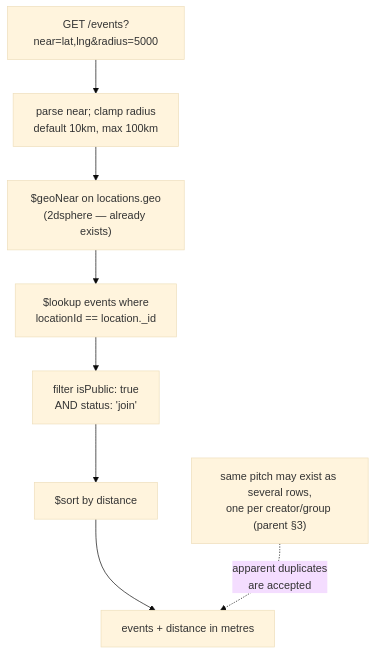
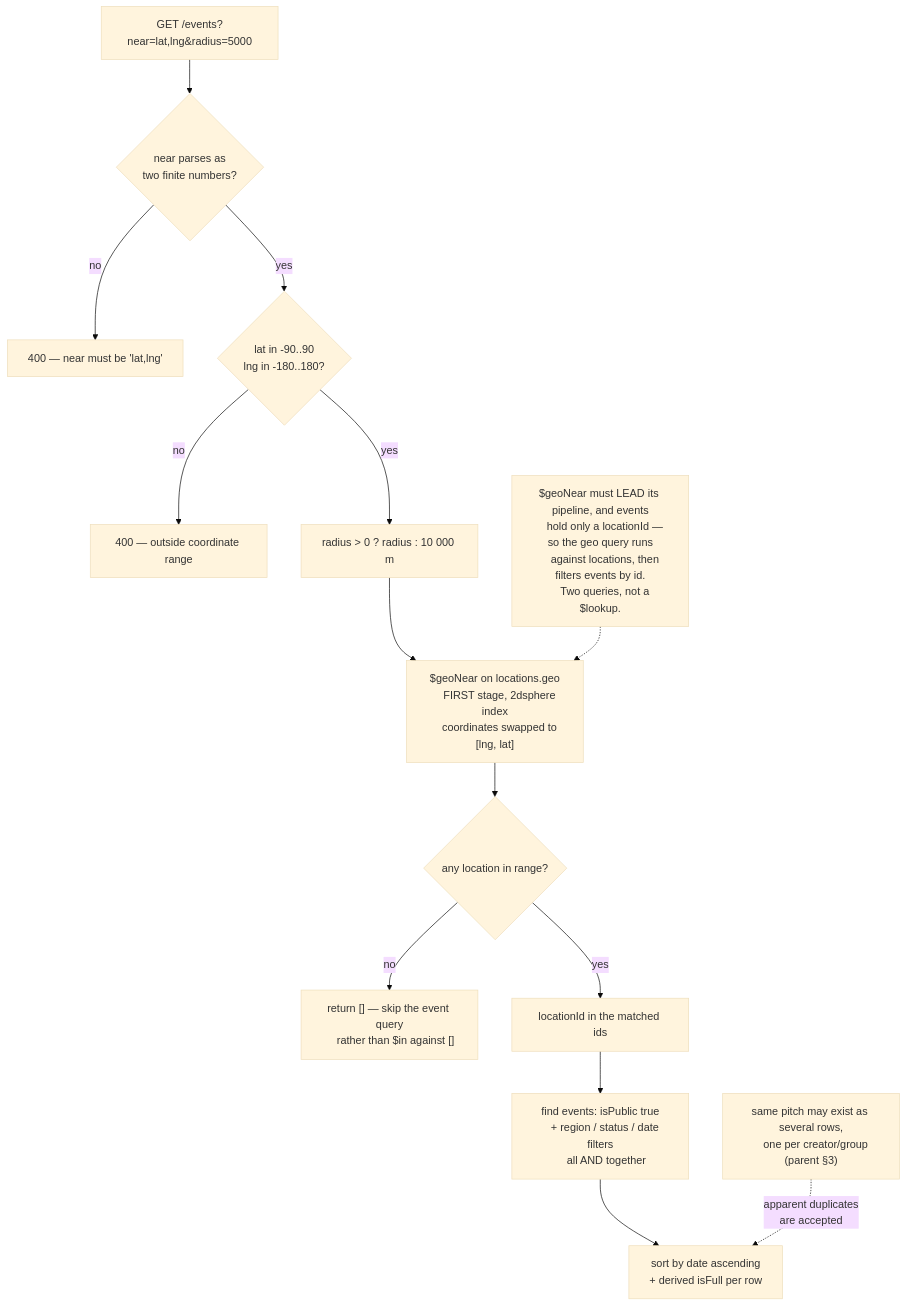
Before and after one commit to heinlinaung/kickr_backend: the diagram in docs/superpowers/diagrams/events-5-6-geo-discovery.mmd, drawn with Mermaid (base theme). The commit also changed 6 other files, not shown here.

First line of the commit message:
docs(diagrams): cover steps 2-4 and correct the stale ones

```diff
--- a/docs/superpowers/diagrams/events-5-6-geo-discovery.mmd
+++ b/docs/superpowers/diagrams/events-5-6-geo-discovery.mmd
@@ -1,12 +1,34 @@
 %% 5.6 Geo discovery
 %% Source of truth for this diagram. Rendered from ../specs/2026-08-03-events-feature-spec.md §5.6
 %% Edit here, not in the spec — the spec links to this file.
 flowchart TD
-    A["GET /events?near=lat,lng&radius=5000"] --> B["parse near; clamp radius<br/>default 10km, max 100km"]
-    B --> C["$geoNear on locations.geo<br/>(2dsphere — already exists)"]
-    C --> D["$lookup events where<br/>locationId == location._id"]
-    D --> E["filter isPublic: true<br/>AND status: 'join'"]
-    E --> F["$sort by distance"]
-    F --> G["events + distance in metres"]
+    A["GET /events?near=lat,lng&radius=5000"] --> B{"near parses as
+    two finite numbers?"}
+    B -->|no| B1["400 — near must be 'lat,lng'"]
+    B -->|yes| C{"lat in -90..90
+    lng in -180..180?"}
+    C -->|no| C1["400 — outside coordinate range"]
+    C -->|yes| D["radius > 0 ? radius : 10 000 m"]
 
-    H["same pitch may exist as several rows,<br/>one per creator/group (parent §3)"] -.->|"apparent duplicates<br/>are accepted"| G
+    D --> E["$geoNear on locations.geo
+    FIRST stage, 2dsphere index
+    coordinates swapped to [lng, lat]"]
+    E --> F{"any location in range?"}
+    F -->|no| F1["return [] — skip the event query
+    rather than $in against []"]
+    F -->|yes| G["locationId in the matched ids"]
+
+    G --> H["find events: isPublic true
+    + region / status / date filters
+    all AND together"]
+    H --> I["sort by date ascending
+    + derived isFull per row"]
+
+    J["$geoNear must LEAD its pipeline, and events
+    hold only a locationId — so the geo query runs
+    against locations, then filters events by id.
+    Two queries, not a $lookup."] -.-> E
+
+    K["same pitch may exist as several rows,
+    one per creator/group (parent §3)"] -.->|"apparent duplicates
+    are accepted"| I
```
